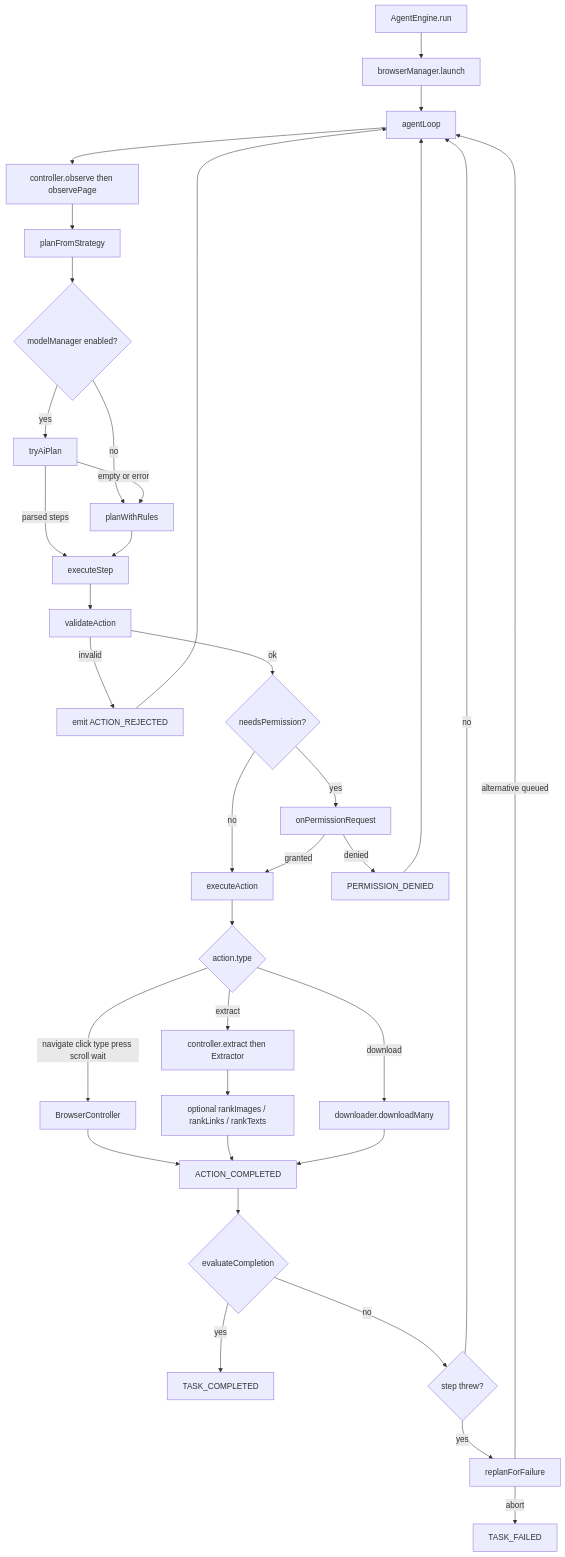
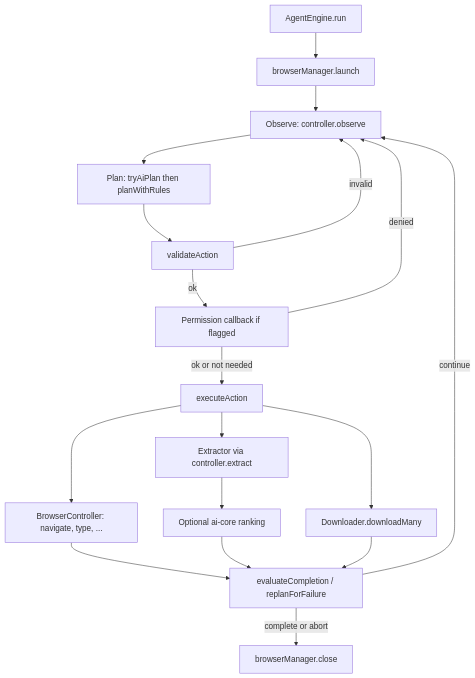
Before and after one commit to Aerial-relativedensity2766/Web-Pilot: the first of 2 diagrams in docs/architecture.md, drawn with Mermaid. The commit also changed other lines of this file, not shown here.

Commit message:
docs: simplify architecture Mermaid for GitHub rendering
Shorten the agent-loop chart and drop the inaccurate test-site import
edge so the diagrams stay readable and match real package dependencies.

````diff
--- a/docs/architecture.md
+++ b/docs/architecture.md
@@ -28,37 +28,20 @@
 ```mermaid
 flowchart TD
   runNode["AgentEngine.run"] --> launchNode["browserManager.launch"]
-  launchNode --> loopNode["agentLoop"]
-  loopNode --> observeNode["controller.observe then observePage"]
-  observeNode --> planNode["planFromStrategy"]
-  planNode --> aiDecision{"modelManager enabled?"}
-  aiDecision -->|"yes"| aiPlan["tryAiPlan"]
-  aiDecision -->|"no"| rules["planWithRules"]
-  aiPlan -->|"parsed steps"| stepNode["executeStep"]
-  aiPlan -->|"empty or error"| rules
-  rules --> stepNode
-  stepNode --> validateNode["validateAction"]
-  validateNode -->|"invalid"| rejected["emit ACTION_REJECTED"]
-  validateNode -->|"ok"| permDecision{"needsPermission?"}
-  permDecision -->|"yes"| askPerm["onPermissionRequest"]
-  permDecision -->|"no"| execNode["executeAction"]
-  askPerm -->|"granted"| execNode
-  askPerm -->|"denied"| denied["PERMISSION_DENIED"]
-  execNode --> kindSwitch{"action.type"}
-  kindSwitch -->|"navigate click type press scroll wait"| ctrlNode["BrowserController"]
-  kindSwitch -->|"extract"| extractNode["controller.extract then Extractor"]
-  kindSwitch -->|"download"| dlNode["downloader.downloadMany"]
-  extractNode --> rankNode["optional rankImages / rankLinks / rankTexts"]
-  ctrlNode --> doneNode["ACTION_COMPLETED"]
-  rankNode --> doneNode
-  dlNode --> doneNode
-  doneNode --> evalNode{"evaluateCompletion"}
-  evalNode -->|"yes"| completeNode["TASK_COMPLETED"]
-  evalNode -->|"no"| failDecision{"step threw?"}
-  failDecision -->|"yes"| replanNode["replanForFailure"]
-  failDecision -->|"no"| loopNode
-  replanNode -->|"alternative queued"| loopNode
-  replanNode -->|"abort"| failNode["TASK_FAILED"]
-  rejected --> loopNode
-  denied --> loopNode
+  launchNode --> observeNode["Observe: controller.observe"]
+  observeNode --> planNode["Plan: tryAiPlan then planWithRules"]
+  planNode --> validateNode["validateAction"]
+  validateNode -->|"invalid"| observeNode
+  validateNode -->|"ok"| permNode["Permission callback if flagged"]
+  permNode -->|"denied"| observeNode
+  permNode -->|"ok or not needed"| execNode["executeAction"]
+  execNode --> browserNode["BrowserController: navigate, type, ..."]
+  execNode --> extractNode["Extractor via controller.extract"]
+  execNode --> downloadNode["Downloader.downloadMany"]
+  extractNode --> rankNode["Optional ai-core ranking"]
+  browserNode --> evalNode["evaluateCompletion / replanForFailure"]
+  rankNode --> evalNode
+  downloadNode --> evalNode
+  evalNode -->|"continue"| observeNode
+  evalNode -->|"complete or abort"| closeNode["browserManager.close"]
 ```
````
